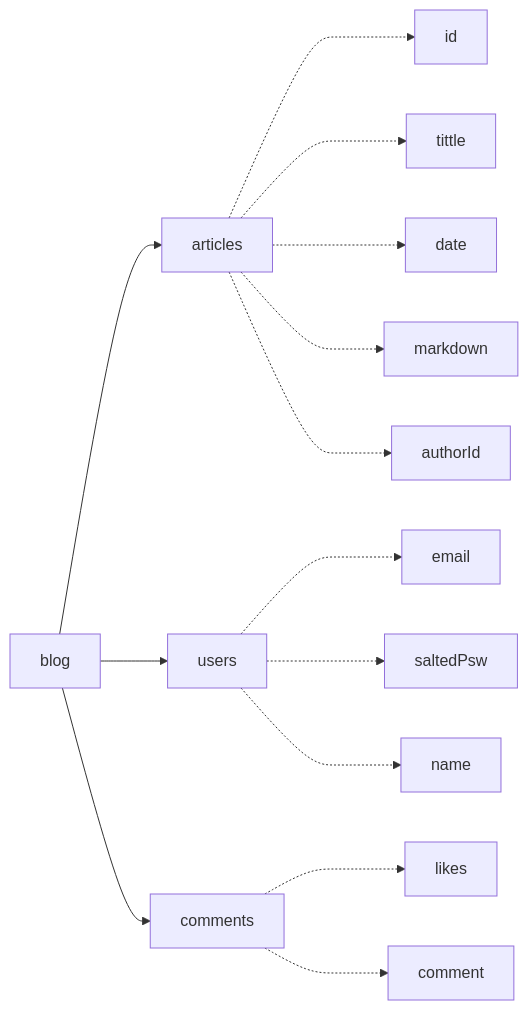
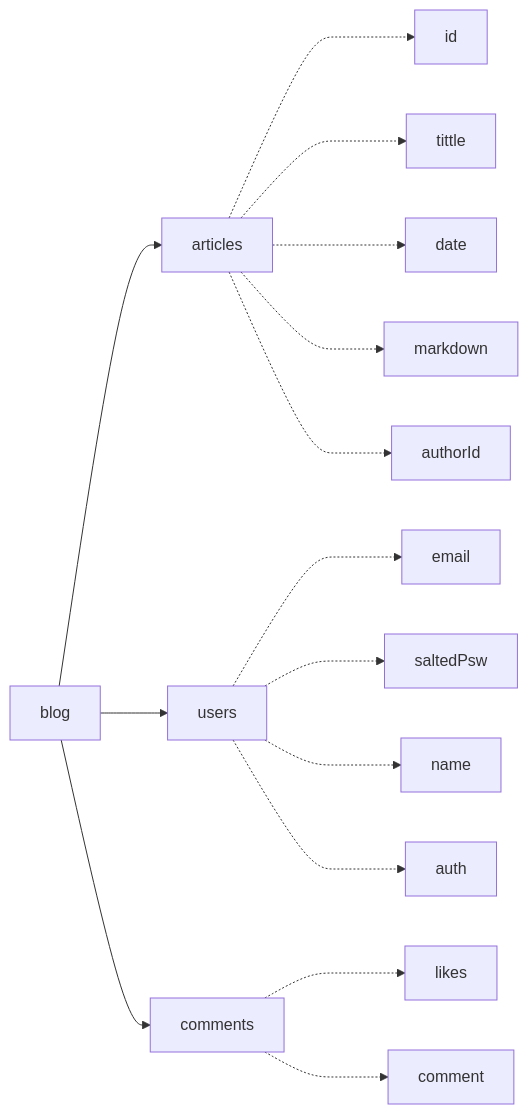
Before and after one commit to TwilightLemon/Markdown-Blog: the first of 4 diagrams in README.md, drawn with Mermaid. The commit also changed other lines of this file and 6 other files, not shown here.

````diff
--- a/README.md
+++ b/README.md
@@ -21,14 +17,15 @@
 ```mermaid
 graph LR
     blog[blog]-->ar[articles]-..->id
     ar-..->tittle
     ar-..->date
     ar-..->markdown
     ar-..->authorId
     blog-->user[users]-..->email
     user-..->saltedPsw
     user-..->name
+    user-..->auth
     blog-->comm[comments]-..->likes
     comm-..->comment
     
 ```
````
